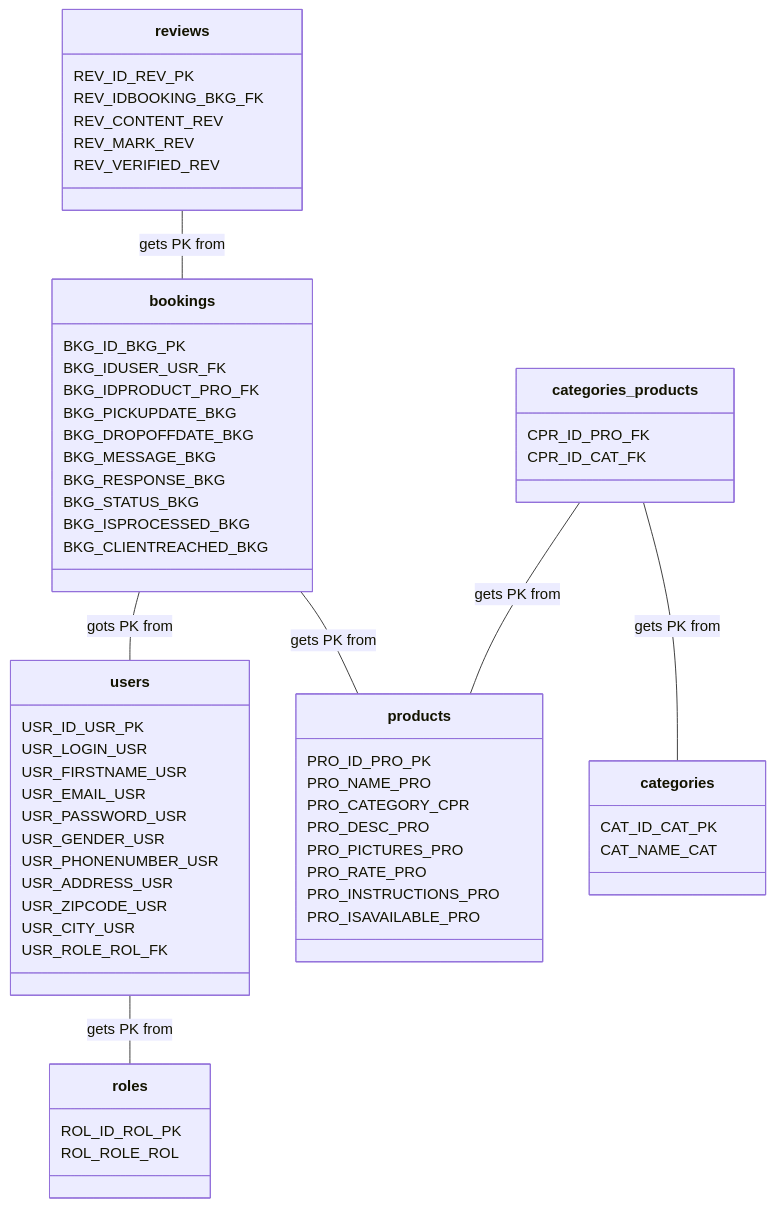
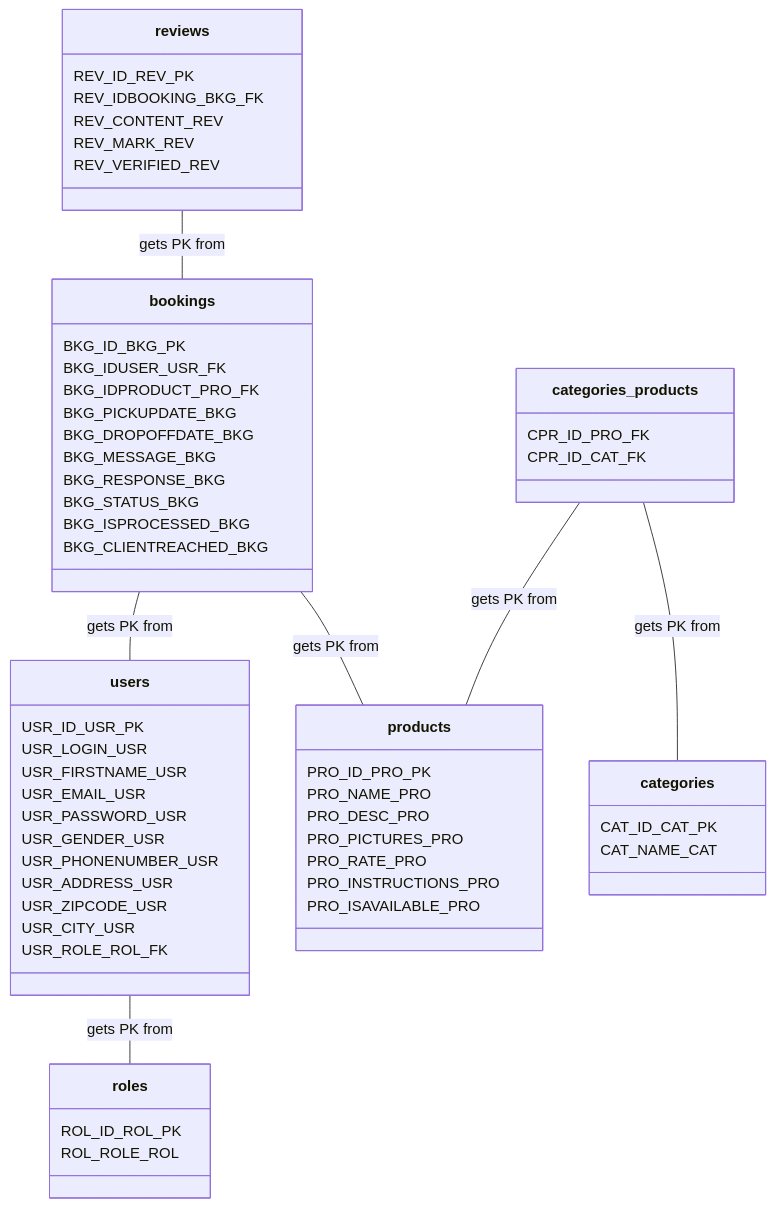
The diagram in markdown_files/mld.md (Nicolasmaes/homesono_design), drawn with Mermaid before and after one commit.

Commit message:
safety commit

````diff
--- a/markdown_files/mld.md
+++ b/markdown_files/mld.md
@@ -2,67 +2,66 @@
 ```mermaid
 classDiagram
 
         users  -- roles : gets PK from
         categories_products  -- products : gets PK from
         categories_products  -- categories : gets PK from
-        bookings  -- users : gots PK from
+        bookings  -- users : gets PK from
         bookings  -- products : gets PK from
         reviews  -- bookings : gets PK from
 
 
     class users{
         USR_ID_USR_PK
         USR_LOGIN_USR
         USR_FIRSTNAME_USR
         USR_EMAIL_USR
         USR_PASSWORD_USR
         USR_GENDER_USR
         USR_PHONENUMBER_USR
         USR_ADDRESS_USR
         USR_ZIPCODE_USR
         USR_CITY_USR
         USR_ROLE_ROL_FK
     }
     class roles{
         ROL_ID_ROL_PK
         ROL_ROLE_ROL
     }
     class products{
         PRO_ID_PRO_PK
         PRO_NAME_PRO
-        PRO_CATEGORY_CPR
         PRO_DESC_PRO
         PRO_PICTURES_PRO
         PRO_RATE_PRO
         PRO_INSTRUCTIONS_PRO
         PRO_ISAVAILABLE_PRO
         }
     class categories{
         CAT_ID_CAT_PK
         CAT_NAME_CAT
         }
     class categories_products{
         CPR_ID_PRO_FK
         CPR_ID_CAT_FK
         }
 
     class bookings{
         BKG_ID_BKG_PK
         BKG_IDUSER_USR_FK
         BKG_IDPRODUCT_PRO_FK
         BKG_PICKUPDATE_BKG
         BKG_DROPOFFDATE_BKG
         BKG_MESSAGE_BKG
         BKG_RESPONSE_BKG
         BKG_STATUS_BKG
         BKG_ISPROCESSED_BKG
         BKG_CLIENTREACHED_BKG
     }
     class reviews{
         REV_ID_REV_PK
         REV_IDBOOKING_BKG_FK
         REV_CONTENT_REV
         REV_MARK_REV
         REV_VERIFIED_REV
     }
 ```
````
